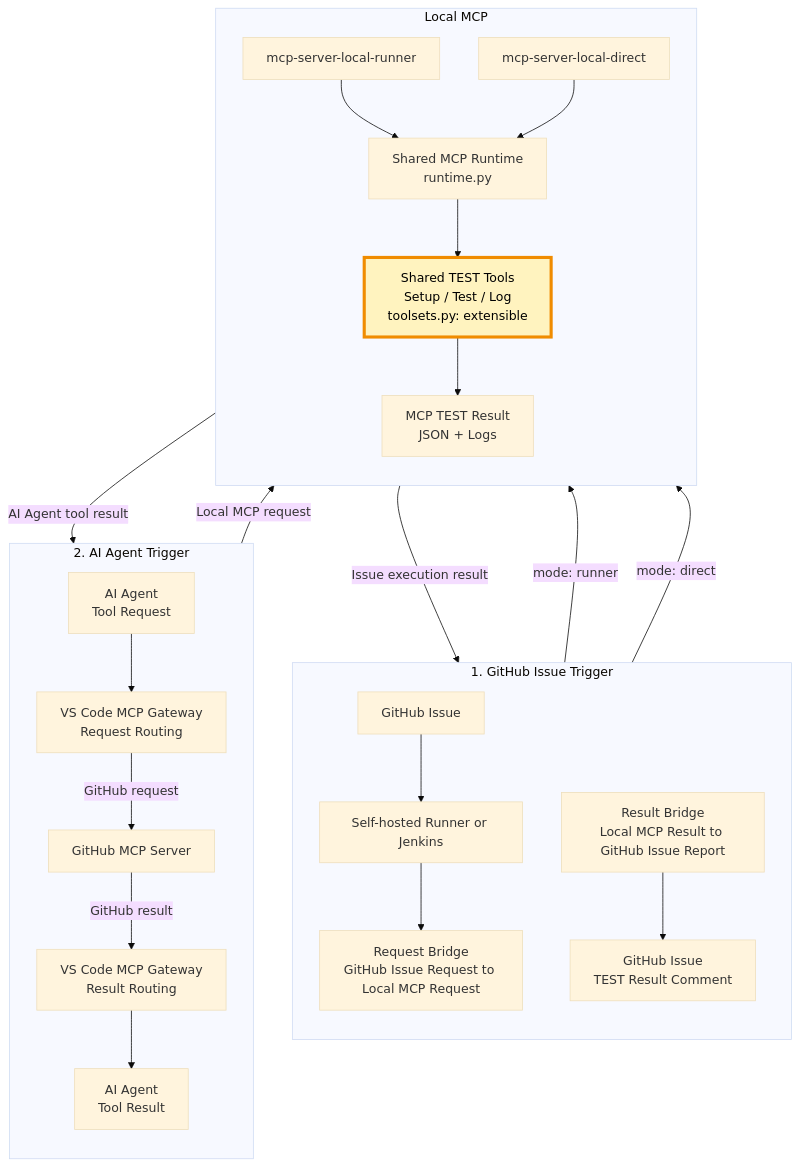
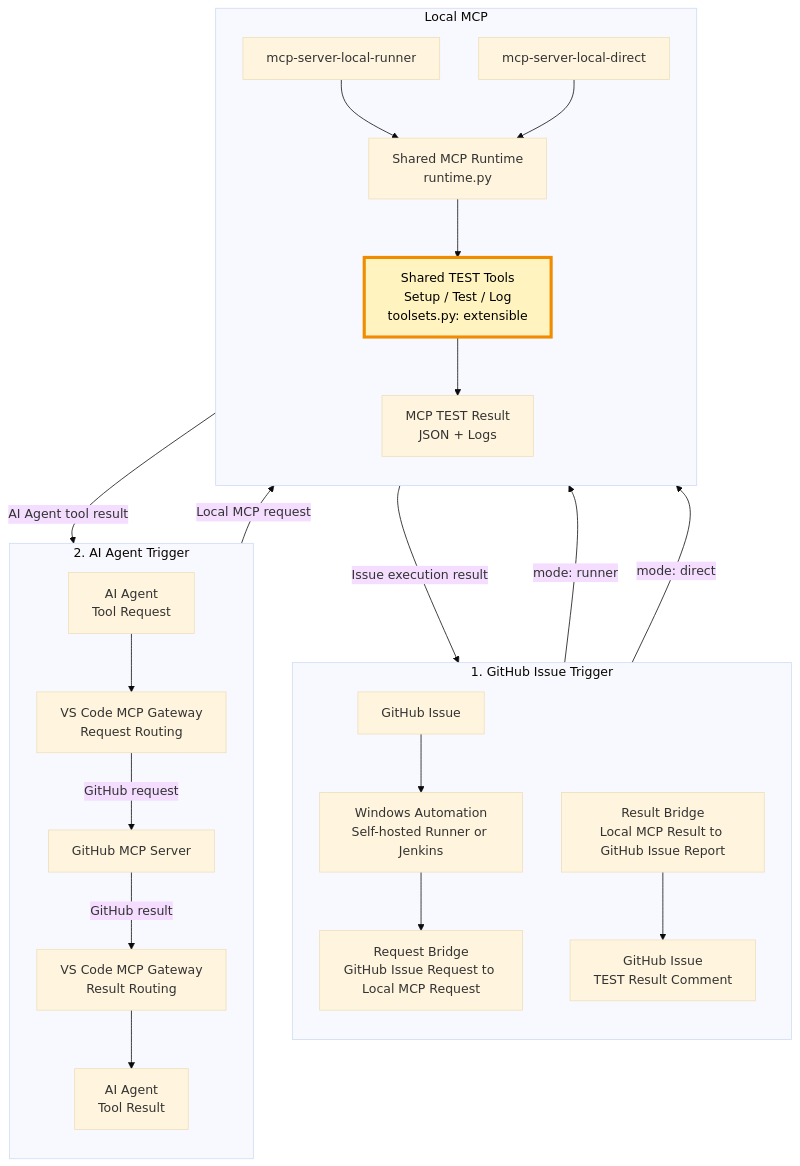
One commit to JeonghunLee/local-ai-agent-mcp changed the first of 2 diagrams in docs/mcp/mcp_gateway.md. Above: the diagram before and after it, drawn with Mermaid (base theme). The commit also changed 1 other file, not shown here.

Commit message:
refactor: enhance documentation clarity by specifying Windows environments in automation design

````diff
--- a/docs/mcp/mcp_gateway.md
+++ b/docs/mcp/mcp_gateway.md
@@ -23,49 +23,49 @@
 ```mermaid
 flowchart TD
     subgraph IssueTrigger["1. GitHub Issue Trigger"]
         direction TB
         Issue["GitHub Issue"]
-        Automation["Self-hosted Runner or Jenkins"]
+        Automation["Windows Automation<br/>Self-hosted Runner or Jenkins"]
         RequestBridge["Request Bridge<br/>GitHub Issue Request to Local MCP Request"]
         ResultBridge["Result Bridge<br/>Local MCP Result to GitHub Issue Report"]
         IssueComment["GitHub Issue<br/>TEST Result Comment"]
 
         Issue --> Automation --> RequestBridge
     end
 
     subgraph AgentTrigger["2. AI Agent Trigger"]
         direction TB
         AgentRequest["AI Agent<br/>Tool Request"]
         RequestGateway["VS Code MCP Gateway<br/>Request Routing"]
         GitHubMCP["GitHub MCP Server"]
         ResultGateway["VS Code MCP Gateway<br/>Result Routing"]
         AgentResult["AI Agent<br/>Tool Result"]
 
         AgentRequest --> RequestGateway
         RequestGateway -->|GitHub request| GitHubMCP
         GitHubMCP -->|GitHub result| ResultGateway --> AgentResult
     end
 
     subgraph LocalMCP["Local MCP"]
         direction TB
         RunnerMCP["mcp-server-local-runner"]
         DirectMCP["mcp-server-local-direct"]
         SharedRuntime["Shared MCP Runtime<br/>runtime.py"]
         SharedTools["Shared TEST Tools<br/>Setup / Test / Log<br/>toolsets.py: extensible"]
         TestResult["MCP TEST Result<br/>JSON + Logs"]
     end
 
     RequestBridge -->|mode: runner| RunnerMCP
     RequestBridge -->|mode: direct| DirectMCP
     RequestGateway -->|Local MCP request| DirectMCP
 
     RunnerMCP --> SharedRuntime
     DirectMCP --> SharedRuntime
     SharedRuntime --> SharedTools --> TestResult
 
     TestResult -->|Issue execution result| ResultBridge --> IssueComment
     TestResult -->|AI Agent tool result| ResultGateway
 
     classDef sharedTools fill:#fff3bf,stroke:#f08c00,stroke-width:4px,color:#000;
     class SharedTools sharedTools;
 ```
````
